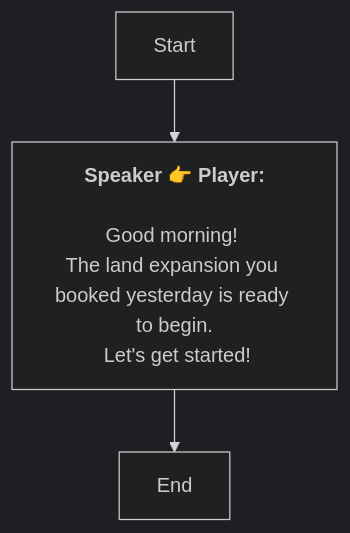
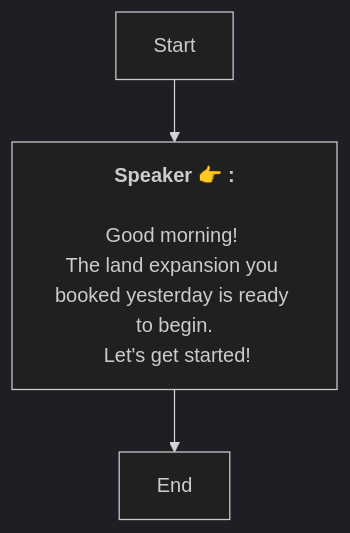
The diagram in En/Dialog_55390542103555.md (SoftHu/tos_avg), drawn with Mermaid (dark theme) before and after one commit. The commit also changed 737 other files, not shown here.

````diff
--- a/En/Dialog_55390542103555.md
+++ b/En/Dialog_55390542103555.md
@@ -1,10 +1,9 @@
 ```mermaid
 graph
-Start -->1772497920613492[<b>Speaker 👉 Player:</b>
-
-Good morning! 
+Start -->1772497920613492[<b>Speaker 👉 :</b>
+\nGood morning! 
 The land expansion you booked yesterday is ready to begin.
  Let's get started!]
 1772497920613492 -->1772497923530869[End]
 
- ```
+```
````
